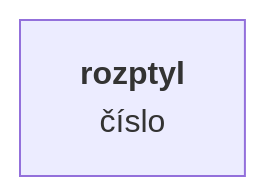
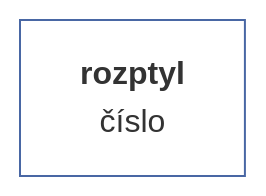
Before and after one commit to muzikp/retusa: diagram 12 of 23 in docs/cs-CZ/vector.md, drawn with Mermaid. The commit also changed other lines of this file and 17 other files, not shown here.

````diff
--- a/docs/cs-CZ/vector.md
+++ b/docs/cs-CZ/vector.md
@@ -320,4 +353,7 @@
 ```mermaid
 graph TD
-A[<b>rozptyl<br></b>číslo]
+variance[<b>rozptyl<br></b>číslo]
+style variance fill:#FFFFFF;
+style variance stroke:#4967A4;
+
 ```
````
